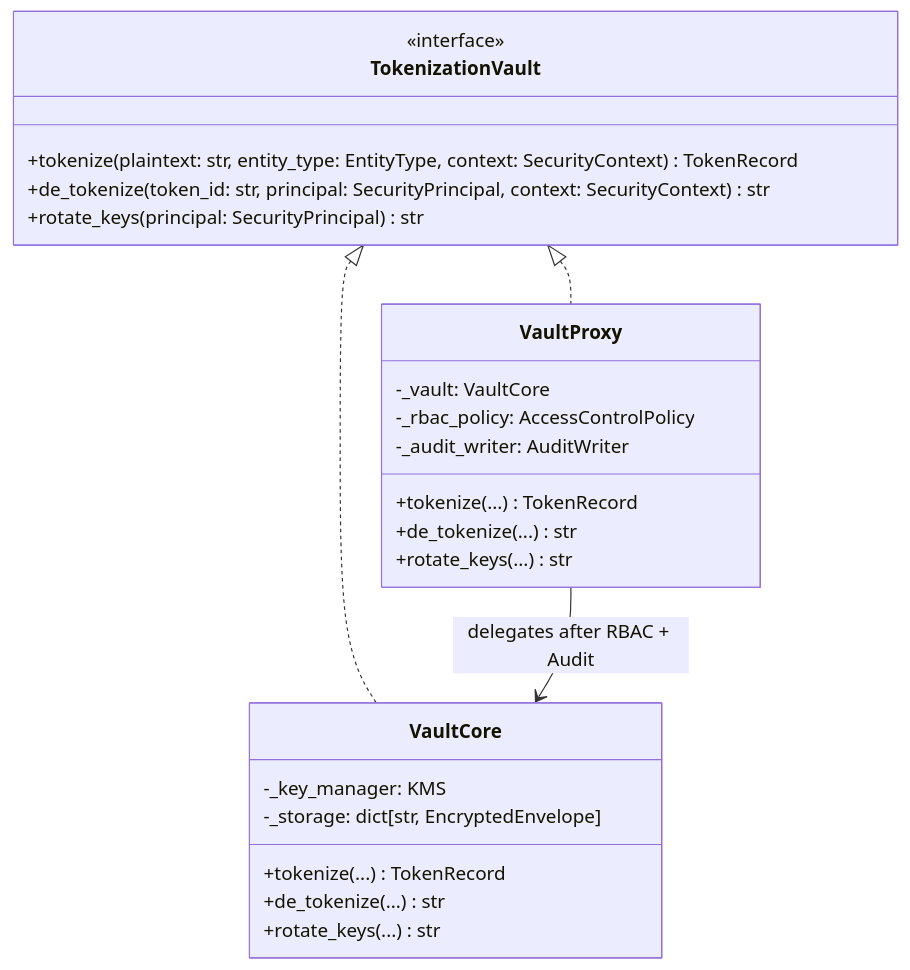
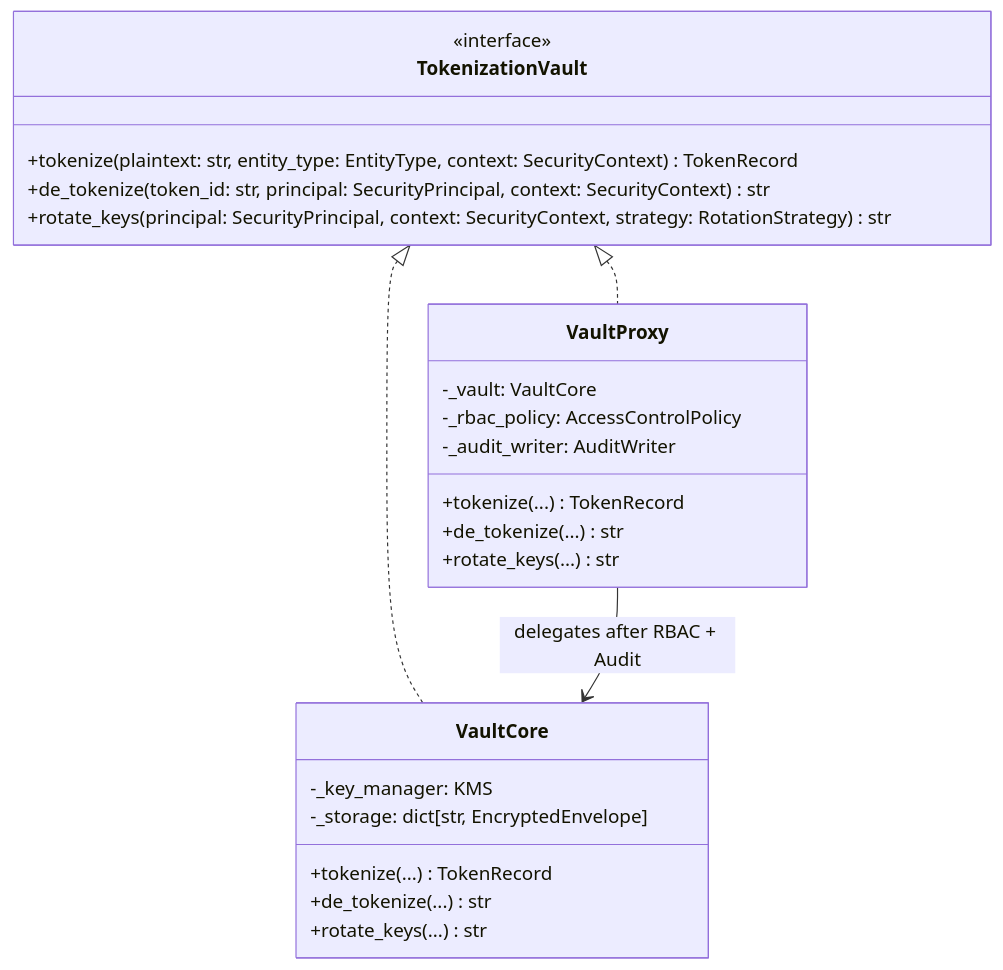
The diagram in docs/adr/004-protection-proxy-token-vault.md (gniewekk/Privacy-Preserving-Context-Pipeline-for-LLMs-DP), drawn with Mermaid before and after one commit. The commit also changed 9 other files, not shown here.

````diff
--- a/docs/adr/004-protection-proxy-token-vault.md
+++ b/docs/adr/004-protection-proxy-token-vault.md
@@ -24,27 +24,27 @@
 ```mermaid
 classDiagram
     class TokenizationVault {
         <<interface>>
         +tokenize(plaintext: str, entity_type: EntityType, context: SecurityContext) TokenRecord
         +de_tokenize(token_id: str, principal: SecurityPrincipal, context: SecurityContext) str
-        +rotate_keys(principal: SecurityPrincipal) str
+        +rotate_keys(principal: SecurityPrincipal, context: SecurityContext, strategy: RotationStrategy) str
     }
     class VaultProxy {
         -_vault: VaultCore
         -_rbac_policy: AccessControlPolicy
         -_audit_writer: AuditWriter
         +tokenize(...) TokenRecord
         +de_tokenize(...) str
         +rotate_keys(...) str
     }
     class VaultCore {
         -_key_manager: KMS
         -_storage: dict[str, EncryptedEnvelope]
         +tokenize(...) TokenRecord
         +de_tokenize(...) str
         +rotate_keys(...) str
     }
     TokenizationVault <|.. VaultProxy
     TokenizationVault <|.. VaultCore
     VaultProxy --> VaultCore : delegates after RBAC + Audit
 ```
````
